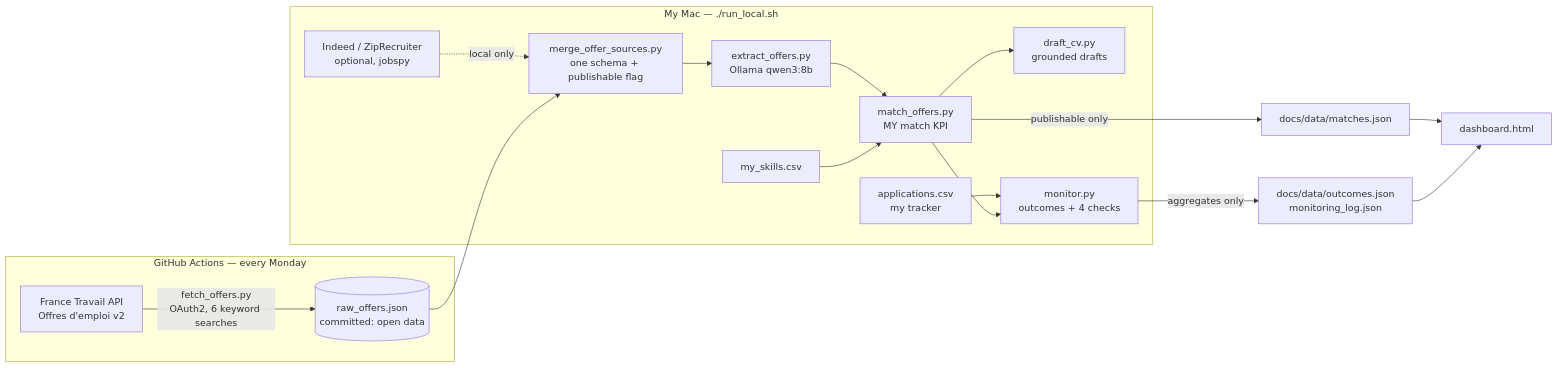
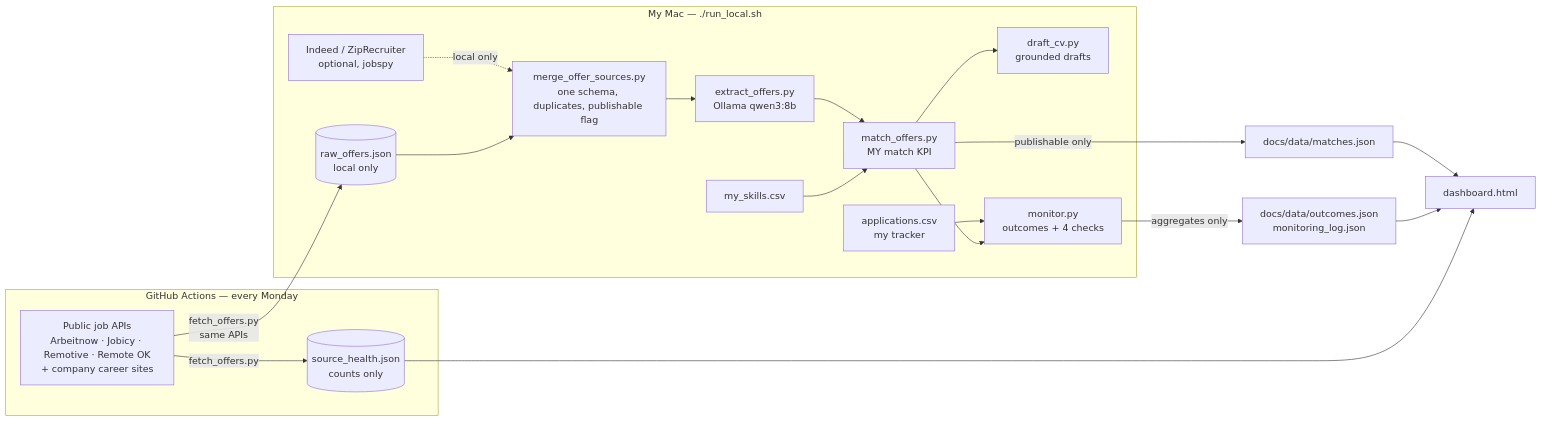
The diagram in README.md (adam-hassen-Bi/smart-internship-match-TP1), drawn with Mermaid before and after one commit. The commit also changed other lines of this file and 1 other file, not shown here.

Commit message:
Document the new sources

````diff
--- a/README.md
+++ b/README.md
@@ -21,20 +21,22 @@
 ```mermaid
 flowchart LR
     subgraph Cloud["GitHub Actions — every Monday"]
-        A[France Travail API<br/>Offres d'emploi v2] -->|fetch_offers.py<br/>OAuth2, 6 keyword searches| B[(raw_offers.json<br/>committed: open data)]
+        A[Public job APIs<br/>Arbeitnow · Jobicy · Remotive · Remote OK<br/>+ company career sites] -->|fetch_offers.py| H[(source_health.json<br/>counts only)]
     end
     subgraph Laptop["My Mac — ./run_local.sh"]
+        A -->|fetch_offers.py<br/>same APIs| B[(raw_offers.json<br/>local only)]
         J[Indeed / ZipRecruiter<br/>optional, jobspy] -.->|local only| M
-        B --> M[merge_offer_sources.py<br/>one schema + publishable flag]
+        B --> M[merge_offer_sources.py<br/>one schema, duplicates, publishable flag]
         M --> E[extract_offers.py<br/>Ollama qwen3:8b]
         E --> S[match_offers.py<br/>MY match KPI]
         P[my_skills.csv] --> S
         S --> D[draft_cv.py<br/>grounded drafts]
         T[applications.csv<br/>my tracker] --> O[monitor.py<br/>outcomes + 4 checks]
         S --> O
     end
     S -->|publishable only| W[docs/data/matches.json]
     O -->|aggregates only| W2[docs/data/outcomes.json<br/>monitoring_log.json]
     W --> X[dashboard.html]
     W2 --> X
+    H --> X
 ```
````
